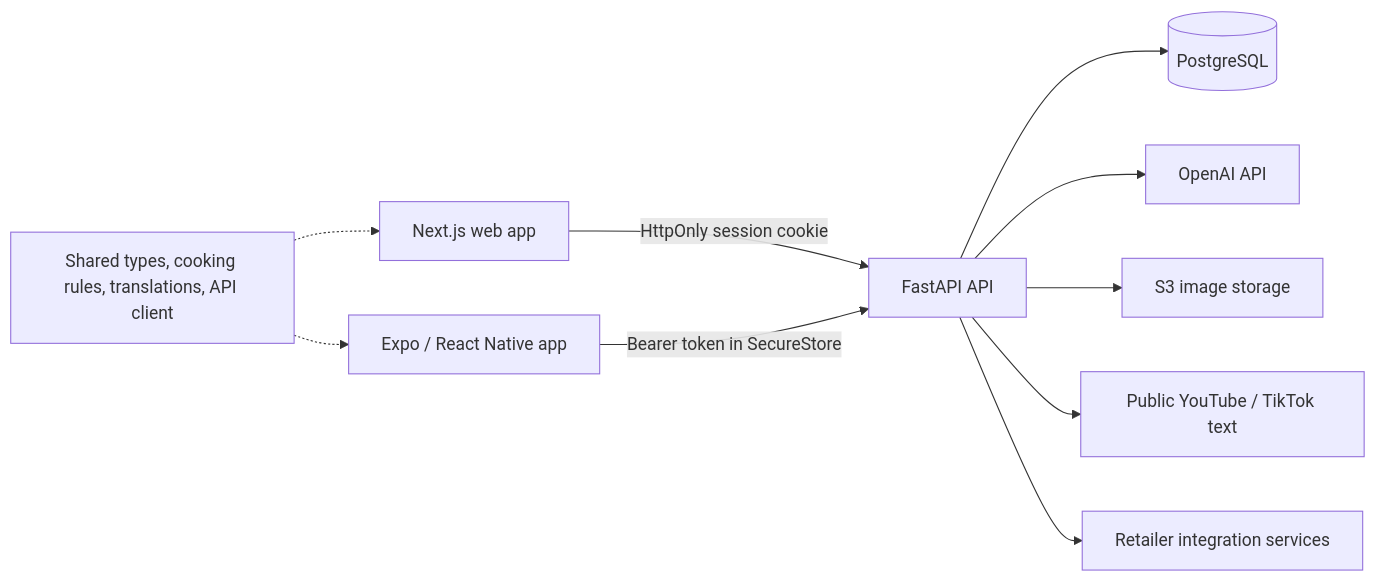
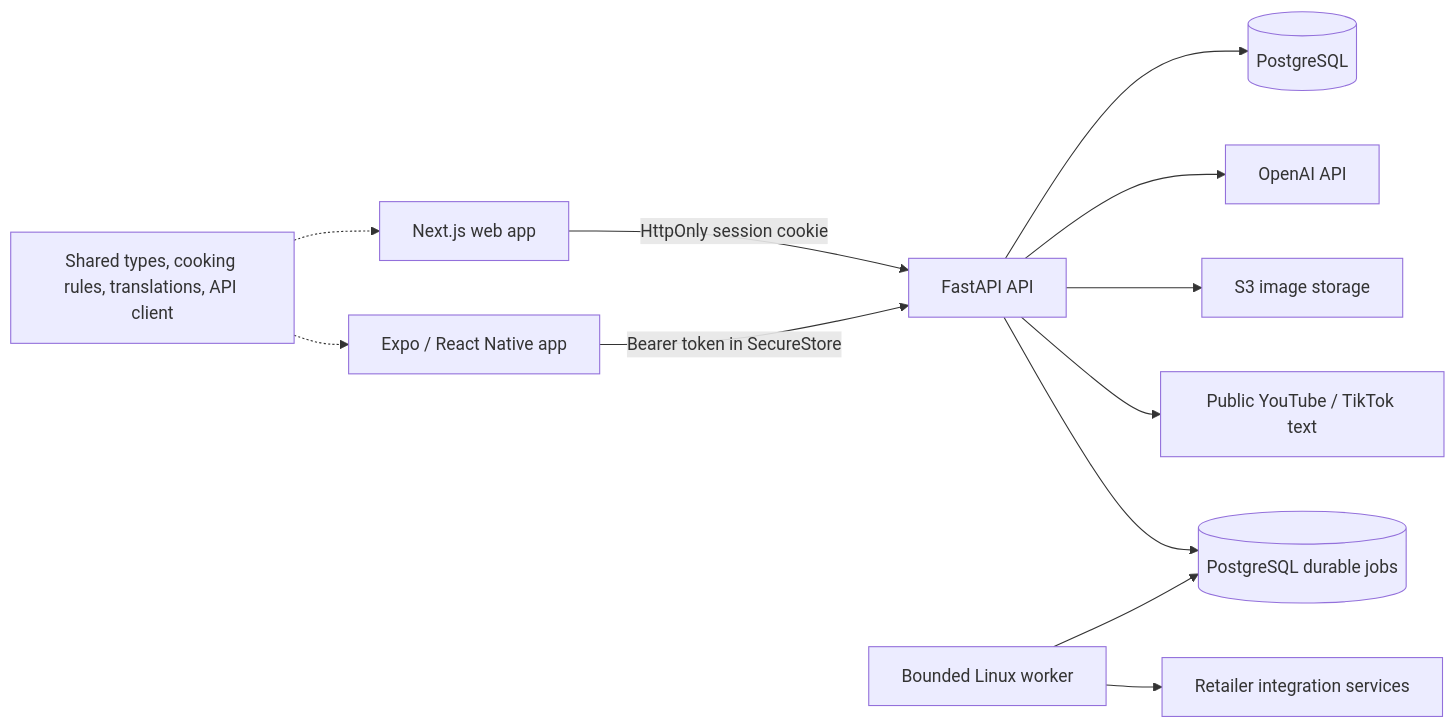
One commit to 1err/Cook changed the diagram in docs/architecture.md. Above: the diagram before and after it, drawn with Mermaid. The commit also changed other lines of this file and 148 other files, not shown here.

````diff
--- a/docs/architecture.md
+++ b/docs/architecture.md
@@ -7,12 +7,14 @@
 ```mermaid
 flowchart LR
     W[Next.js web app] -->|HttpOnly session cookie| API[FastAPI API]
     M[Expo / React Native app] -->|Bearer token in SecureStore| API
     S[Shared types, cooking rules, translations, API client] -.-> W
     S -.-> M
     API --> DB[(PostgreSQL)]
     API --> AI[OpenAI API]
     API --> IMG[S3 image storage]
     API --> VIDEO[Public YouTube / TikTok text]
-    API --> RETAIL[Retailer integration services]
+    API --> JOBS[(PostgreSQL durable jobs)]
+    WORKER[Bounded Linux worker] --> JOBS
+    WORKER --> RETAIL[Retailer integration services]
 ```
````
